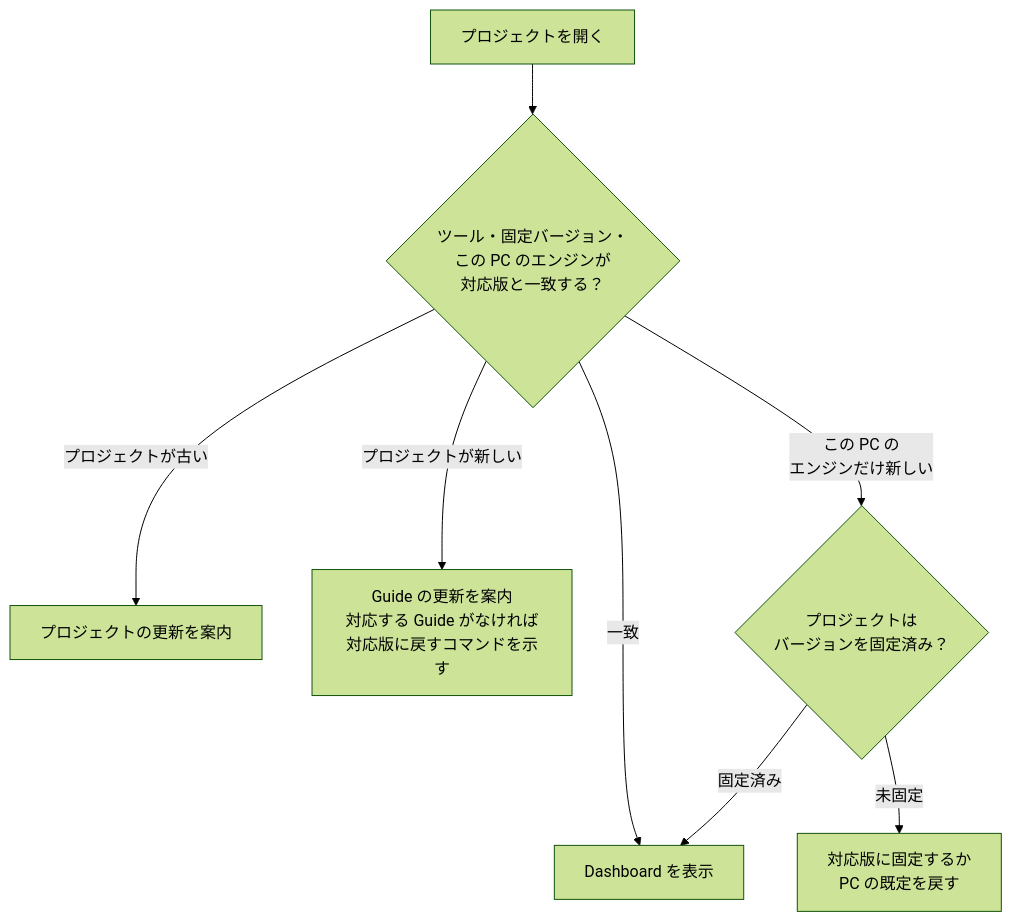
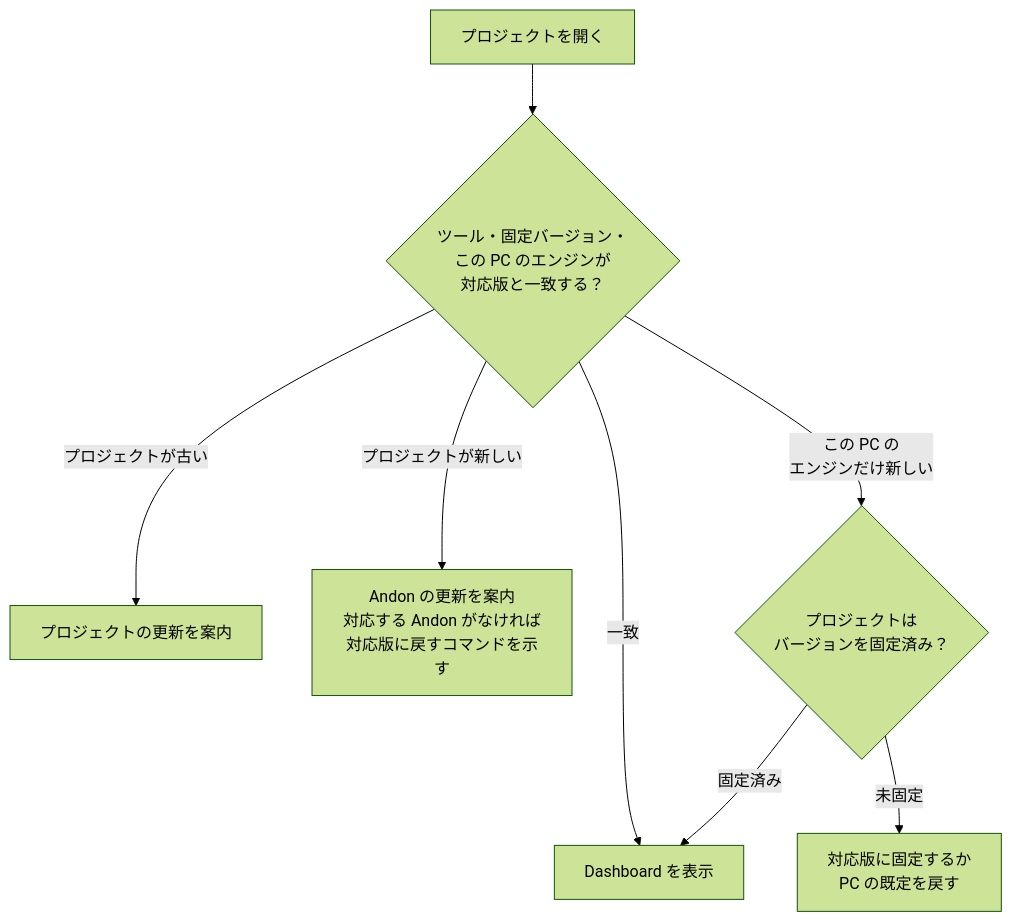
The fourth of 7 diagrams in README.md (otomatty/andon-for-aidlc), drawn with Mermaid (forest theme) before and after one commit. The commit also changed other lines of this file and 283 other files, not shown here.

````diff
--- a/README.md
+++ b/README.md
@@ -198,10 +197,10 @@
 ```mermaid
 flowchart TD
   open["プロジェクトを開く"] --> q{"ツール・固定バージョン・<br/>この PC のエンジンが<br/>対応版と一致する？"}
   q -- "一致" --> ok["Dashboard を表示"]
   q -- "プロジェクトが古い" --> old["プロジェクトの更新を案内"]
-  q -- "プロジェクトが新しい" --> new["Guide の更新を案内<br/>対応する Guide がなければ<br/>対応版に戻すコマンドを示す"]
+  q -- "プロジェクトが新しい" --> new["Andon の更新を案内<br/>対応する Andon がなければ<br/>対応版に戻すコマンドを示す"]
   q -- "この PC の<br/>エンジンだけ新しい" --> pin{"プロジェクトは<br/>バージョンを固定済み？"}
   pin -- "固定済み" --> ok
   pin -- "未固定" --> fix["対応版に固定するか<br/>PC の既定を戻す"]
 ```
````
